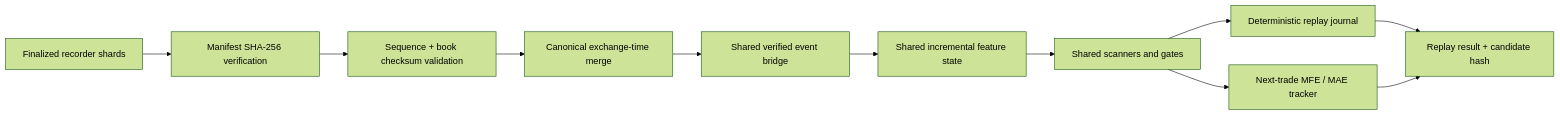
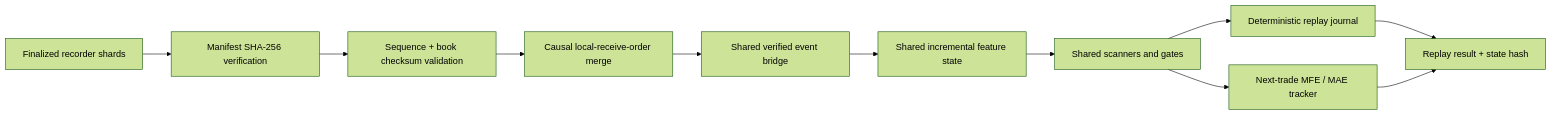
One commit to vikkl1990/VNEdge_Delta changed the diagram in docs/EVENT_REPLAY.md. Above: the diagram before and after it, drawn with Mermaid (forest theme). The commit also changed other lines of this file and 39 other files, not shown here.

````diff
--- a/docs/EVENT_REPLAY.md
+++ b/docs/EVENT_REPLAY.md
@@ -10,13 +10,13 @@
 ```mermaid
 flowchart LR
     A["Finalized recorder shards"] --> B["Manifest SHA-256 verification"]
     B --> C["Sequence + book checksum validation"]
-    C --> D["Canonical exchange-time merge"]
+    C --> D["Causal local-receive-order merge"]
     D --> E["Shared verified event bridge"]
     E --> F["Shared incremental feature state"]
     F --> G["Shared scanners and gates"]
     G --> H["Deterministic replay journal"]
     G --> I["Next-trade MFE / MAE tracker"]
-    H --> J["Replay result + candidate hash"]
+    H --> J["Replay result + state hash"]
     I --> J
 ```
````
